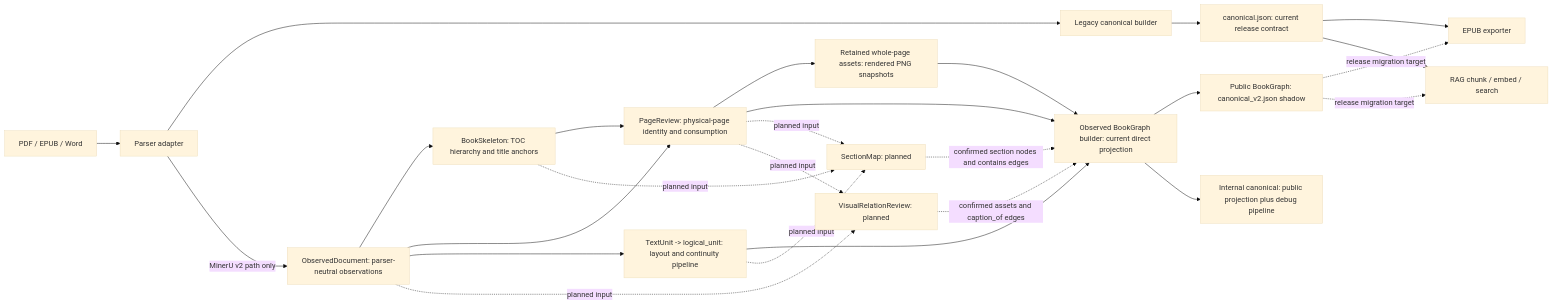
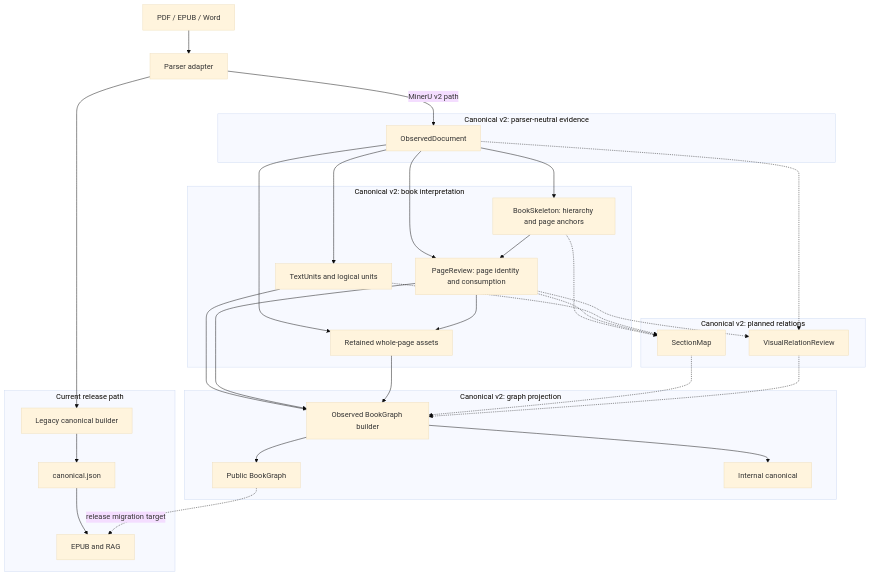
One commit to jenslewie/inkline changed the first of 2 diagrams in docs/architecture.md. Above: the diagram before and after it, drawn with Mermaid (base theme). The commit also changed other lines of this file, not shown here.

Commit message:
docs: clarify architecture and runtime diagrams

````diff
--- a/docs/architecture.md
+++ b/docs/architecture.md
@@ -12,35 +12,52 @@
 ```mermaid
-flowchart LR
+flowchart TB
     source["PDF / EPUB / Word"] --> adapter["Parser adapter"]
 
-    adapter --> legacy_builder["Legacy canonical builder"]
-    legacy_builder --> canonical_v1["canonical.json: current release contract"]
-    canonical_v1 --> epub["EPUB exporter"]
-    canonical_v1 --> rag["RAG chunk / embed / search"]
+    subgraph release_v1["Current release path"]
+        legacy_builder["Legacy canonical builder"] --> canonical_v1["canonical.json"]
+        canonical_v1 --> release_products["EPUB and RAG"]
+    end
+    adapter --> legacy_builder
 
-    adapter -->|"MinerU v2 path only"| observed["ObservedDocument: parser-neutral observations"]
-    observed --> skeleton["BookSkeleton: TOC hierarchy and title anchors"]
-    observed --> page_review["PageReview: physical-page identity and consumption"]
+    subgraph evidence["Canonical v2: parser-neutral evidence"]
+        observed["ObservedDocument"]
+    end
+    adapter -->|"MinerU v2 path"| observed
+
+    subgraph interpretation["Canonical v2: book interpretation"]
+        skeleton["BookSkeleton: hierarchy and page anchors"]
+        page_review["PageReview: page identity and consumption"]
+        text_flow["TextUnits and logical units"]
+        page_assets["Retained whole-page assets"]
+    end
+    observed --> skeleton
+    observed --> page_review
     skeleton --> page_review
+    observed --> text_flow
+    observed --> page_assets
+    page_review --> page_assets
 
-    observed --> text_units["TextUnit -> logical_unit: layout and continuity pipeline"]
-    page_review --> page_assets["Retained whole-page assets: rendered PNG snapshots"]
+    subgraph planned_relations["Canonical v2: planned relations"]
+        section_map["SectionMap"]
+        visual_review["VisualRelationReview"]
+    end
+    skeleton -.-> section_map
+    page_review -.-> section_map
+    text_flow -.-> section_map
+    observed -.-> visual_review
+    page_review -.-> visual_review
 
-    text_units --> current_builder["Observed BookGraph builder: current direct projection"]
+    subgraph graph_projection["Canonical v2: graph projection"]
+        current_builder["Observed BookGraph builder"]
+        public_graph["Public BookGraph"]
+        internal_canonical["Internal canonical"]
+        current_builder --> public_graph
+        current_builder --> internal_canonical
+    end
+    text_flow --> current_builder
     page_review --> current_builder
     page_assets --> current_builder
-
-    skeleton -.->|"planned input"| section_map["SectionMap: planned"]
-    page_review -.->|"planned input"| section_map
-    text_units -.->|"planned input"| section_map
-    section_map -.->|"confirmed section nodes and contains edges"| current_builder
-
-    observed -.->|"planned input"| visual_review["VisualRelationReview: planned"]
-    page_review -.->|"planned input"| visual_review
-    visual_review -.->|"confirmed assets and caption_of edges"| current_builder
-
-    current_builder --> bookgraph["Public BookGraph: canonical_v2.json shadow"]
-    current_builder --> internal["Internal canonical: public projection plus debug pipeline"]
-    bookgraph -.->|"release migration target"| epub
-    bookgraph -.->|"release migration target"| rag
+    section_map -.-> current_builder
+    visual_review -.-> current_builder
+    public_graph -.->|"release migration target"| release_products
 ```
````
